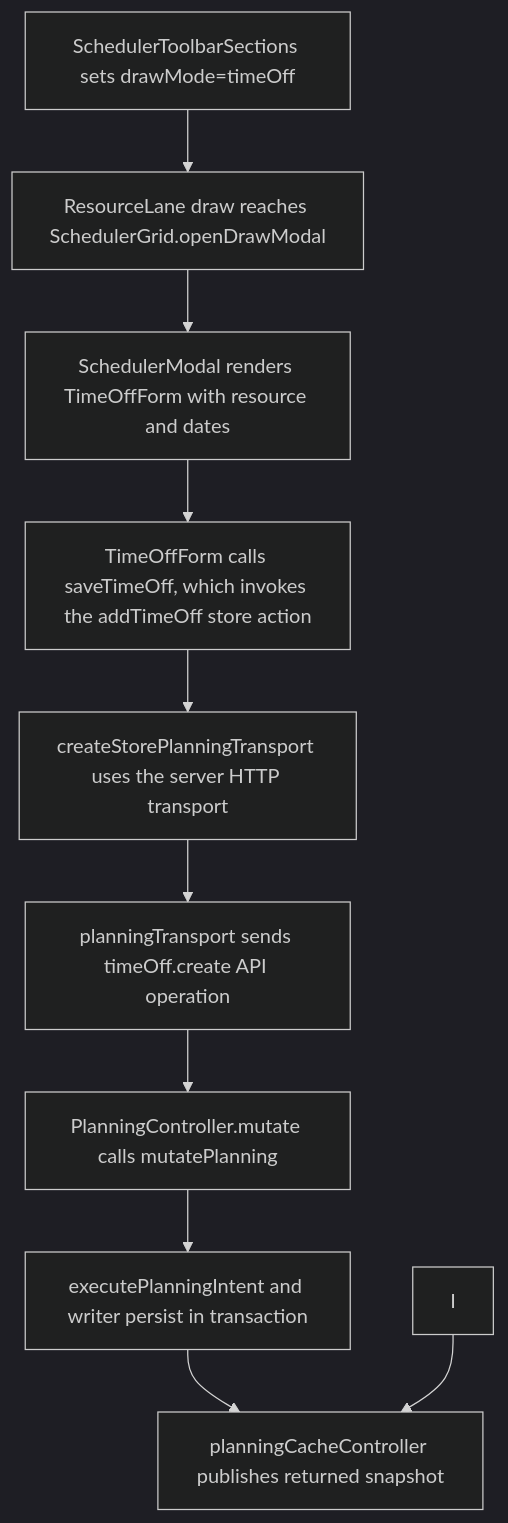
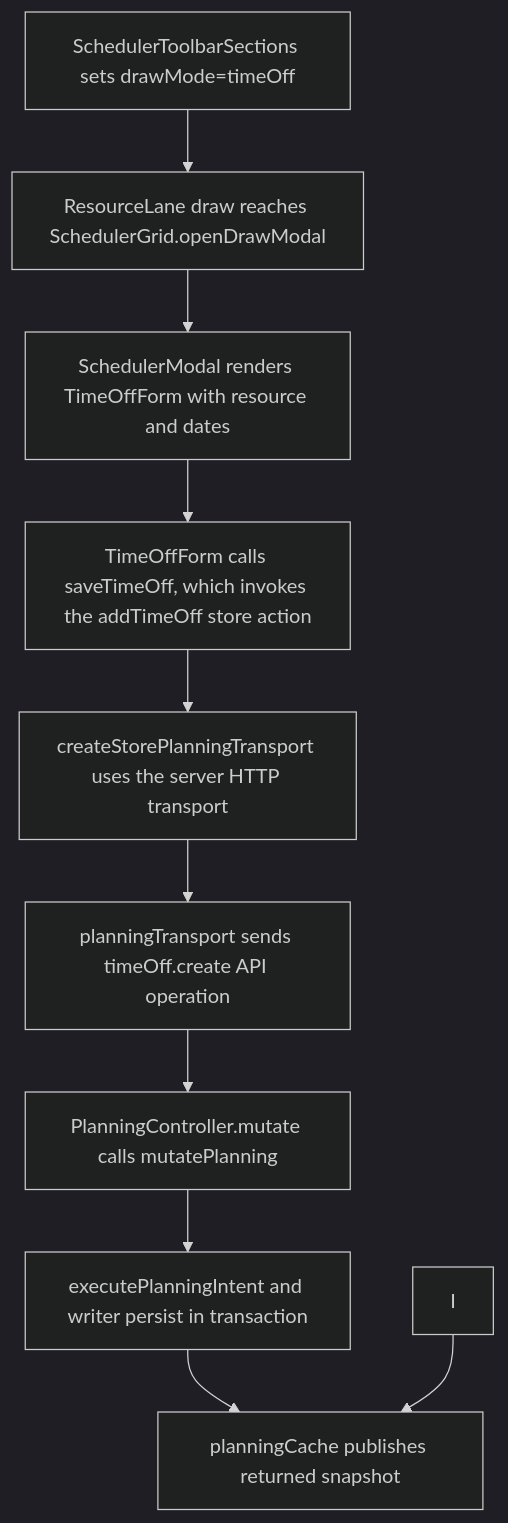
Before and after one commit to Kevinjohn/capacitylens: the second of 2 diagrams in user-stories/scheduler/US-SCH-03-draw-time-off.md, drawn with Mermaid (dark theme). The commit also changed other lines of this file and 117 other files, not shown here.

First line of the commit message:
Planning cache: rename the planning cache controller family

````diff
--- a/user-stories/scheduler/US-SCH-03-draw-time-off.md
+++ b/user-stories/scheduler/US-SCH-03-draw-time-off.md
@@ -39,12 +39,12 @@
 ```mermaid
 flowchart TD
   A["SchedulerToolbarSections sets drawMode=timeOff"] --> B["ResourceLane draw reaches SchedulerGrid.openDrawModal"]
   B --> C["SchedulerModal renders TimeOffForm with resource and dates"]
   C --> D["TimeOffForm calls saveTimeOff, which invokes the addTimeOff store action"]
   D --> E["createStorePlanningTransport uses the server HTTP transport"]
   E --> F["planningTransport sends timeOff.create API operation"]
   F --> G["PlanningController.mutate calls mutatePlanning"]
   G --> H["executePlanningIntent and writer persist in transaction"]
-  H --> J["planningCacheController publishes returned snapshot"]
+  H --> J["planningCache publishes returned snapshot"]
   I --> J
 ```
````
